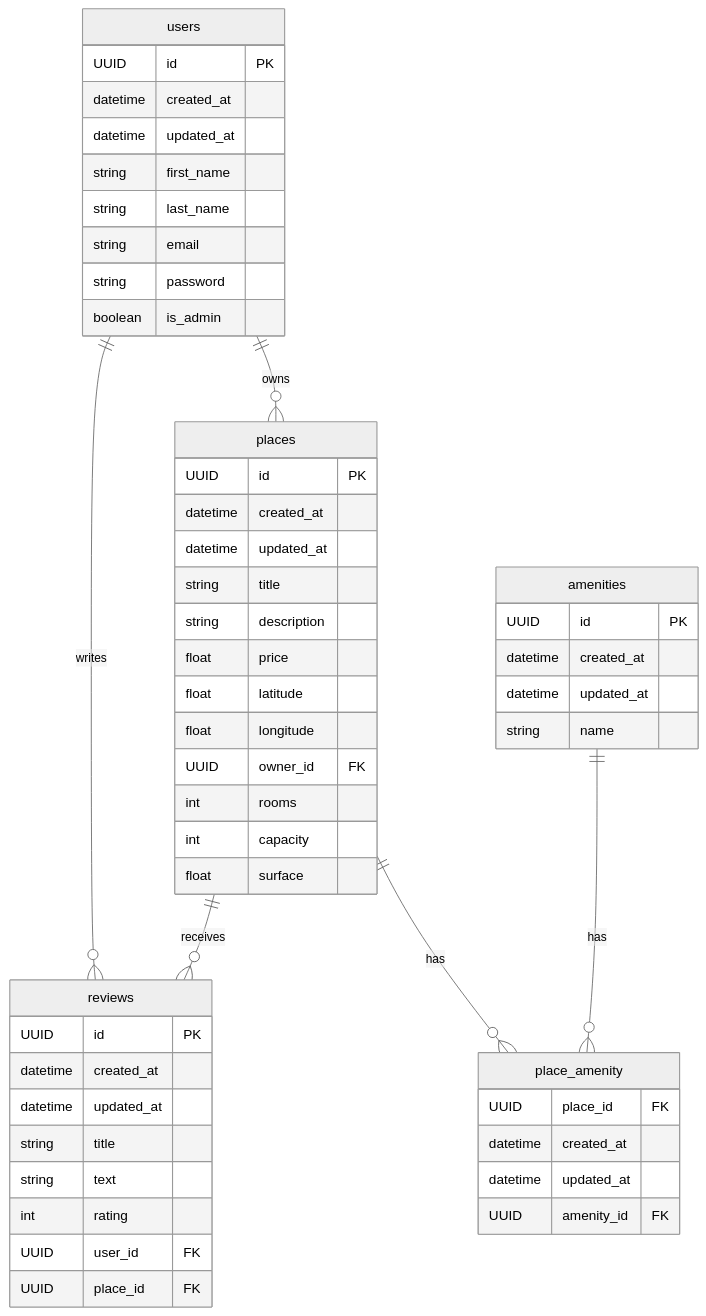
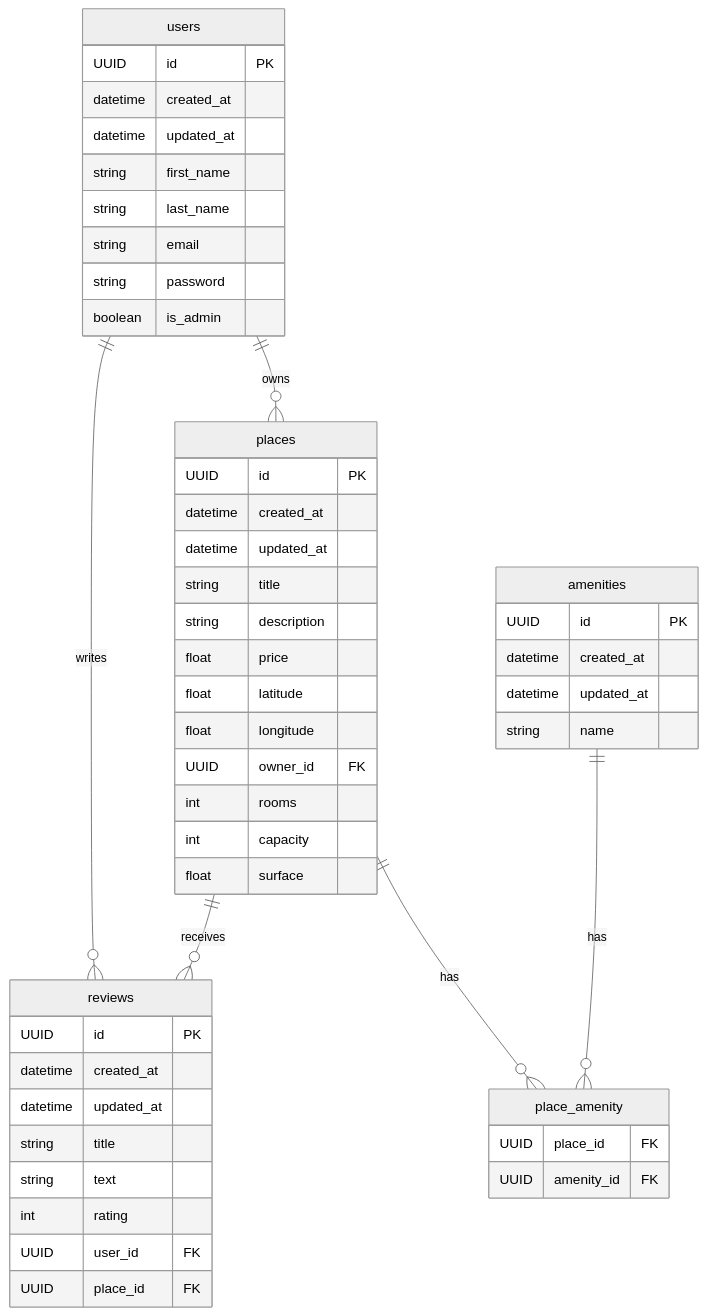
Before and after one commit to gwendalminguy/holbertonschool-hbnb: the diagram in part3/diagram.md, drawn with Mermaid (neutral theme).

Commit message:
Removed created_at and updated_at from place_amenity

````diff
--- a/part3/diagram.md
+++ b/part3/diagram.md
@@ -3,59 +3,57 @@
 ```mermaid
 erDiagram
     users {
         UUID id PK
 		datetime created_at
 		datetime updated_at
         string first_name
         string last_name
         string email
         string password
         boolean is_admin
     }
 
     places {
         UUID id PK
 		datetime created_at
 		datetime updated_at
         string title
         string description
         float price
         float latitude
         float longitude
         UUID owner_id FK
         int rooms
         int capacity
         float surface
     }
 
     amenities {
         UUID id PK
 		datetime created_at
 		datetime updated_at
         string name
     }
 
     reviews {
         UUID id PK
 		datetime created_at
 		datetime updated_at
         string title
         string text
         int rating
         UUID user_id FK
         UUID place_id FK
     }
 
     place_amenity {
         UUID place_id FK
-		datetime created_at
-		datetime updated_at
         UUID amenity_id FK
     }
 
     users ||--o{ places : owns
     users ||--o{ reviews : writes
     places ||--o{ reviews : receives
     places ||--o{ place_amenity : has
     amenities ||--o{ place_amenity : has
 ```
````
